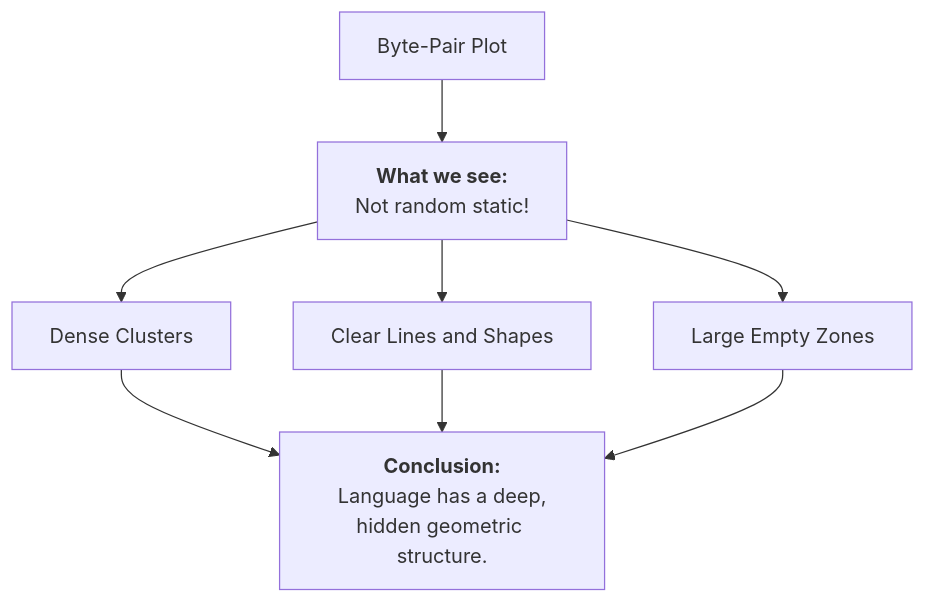
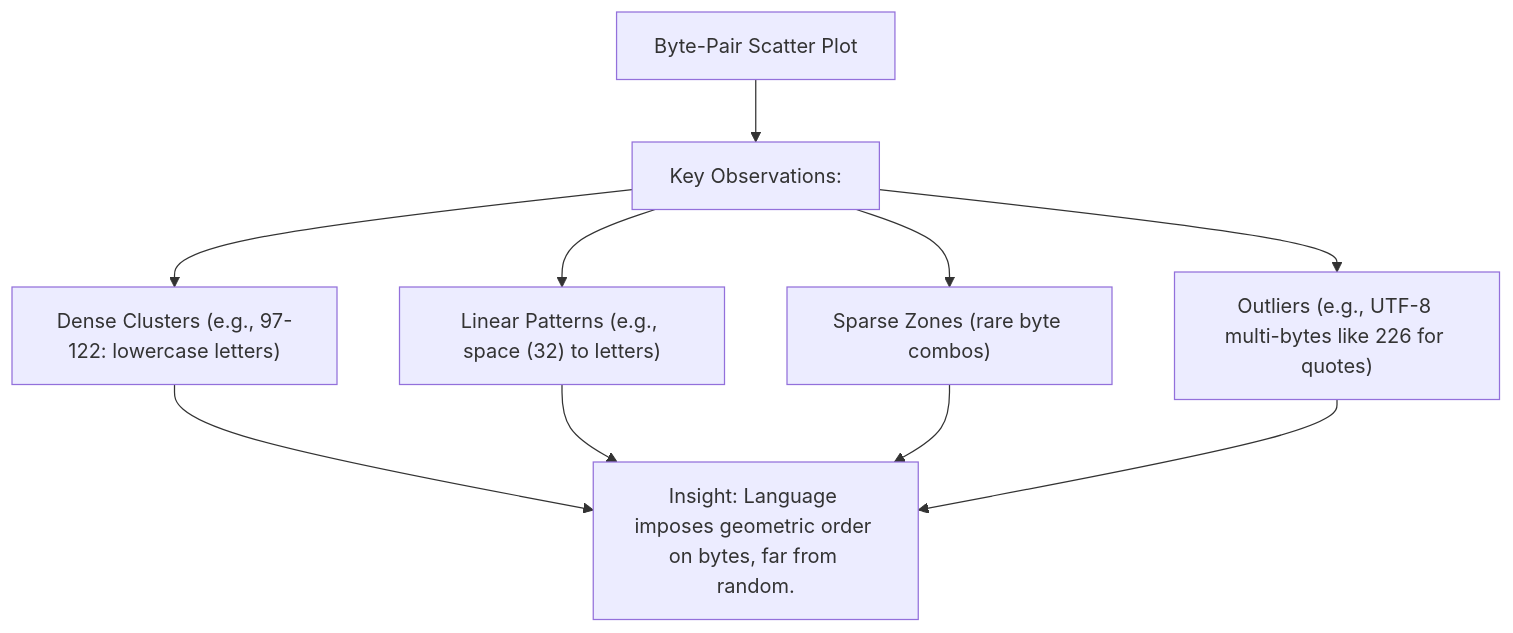
Before and after one commit to eltay89/eltay89.github.io: the second of 4 diagrams in _posts/2025-08-22-analyzing-bytes-for-llms.md, drawn with Mermaid. The commit also changed other lines of this file, not shown here.

````diff
--- a/_posts/2025-08-22-analyzing-bytes-for-llms.md
+++ b/_posts/2025-08-22-analyzing-bytes-for-llms.md
@@ -58,8 +69,9 @@
 ```mermaid
 graph TD
-    A["Byte-Pair Plot"] --> B["<b>What we see:</b><br>Not random static!"];
-    B --> C["Dense Clusters"];
-    B --> D["Clear Lines and Shapes"];
-    B --> E["Large Empty Zones"];
-    C & D & E --> F["<b>Conclusion:</b><br>Language has a deep,<br>hidden geometric structure."];
+    A["Byte-Pair Scatter Plot"] --> B["Key Observations:"];
+    B --> C["Dense Clusters (e.g., 97-122: lowercase letters)"];
+    B --> D["Linear Patterns (e.g., space (32) to letters)"];
+    B --> E["Sparse Zones (rare byte combos)"];
+    B --> F["Outliers (e.g., UTF-8 multi-bytes like 226 for quotes)"];
+    C & D & E & F --> G["Insight: Language imposes geometric order on bytes, far from random."];
 ```
````
